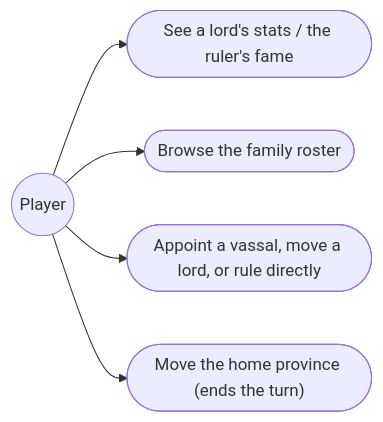
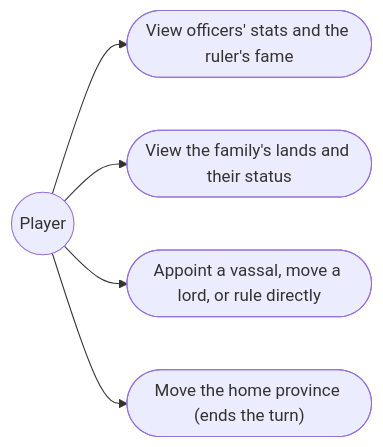
The first of 3 diagrams in gemfire/docs/design/04-generals-and-lords.md (pslotinsky/kunstkamera), drawn with Mermaid before and after one commit. The commit also changed other lines of this file and 54 other files, not shown here.

Commit message:
feat(gemfire): view officers and manage province lords

````diff
--- a/gemfire/docs/design/04-generals-and-lords.md
+++ b/gemfire/docs/design/04-generals-and-lords.md
@@ -32,8 +31,8 @@
 ```mermaid
 flowchart LR
   player((Player))
-  player --> uc1(["See a lord's stats / the ruler's fame"])
-  player --> uc2(["Browse the family roster"])
+  player --> uc1(["View officers' stats and the ruler's fame"])
+  player --> uc2(["View the family's lands and their status"])
   player --> uc3(["Appoint a vassal, move a lord, or rule directly"])
   player --> uc4(["Move the home province (ends the turn)"])
 ```
````
